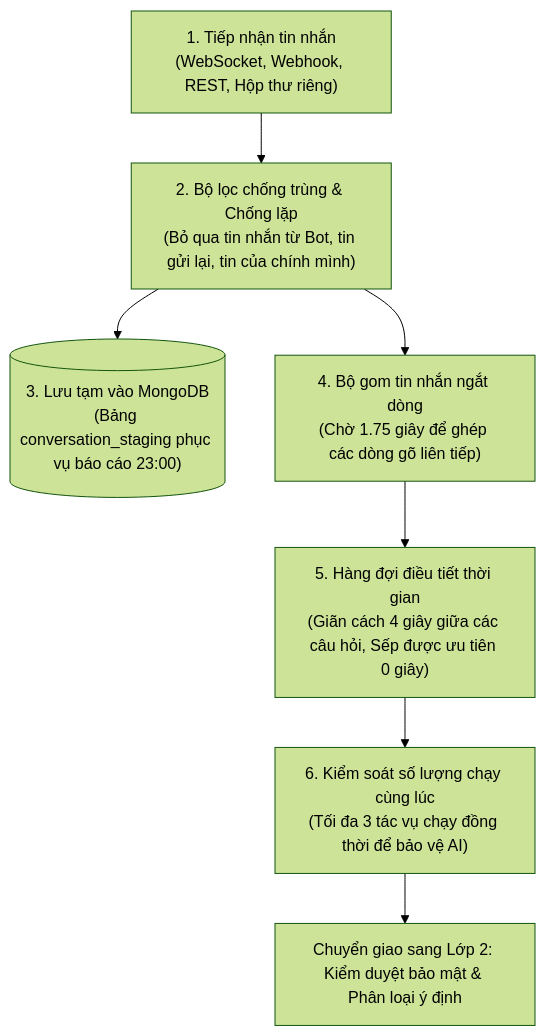
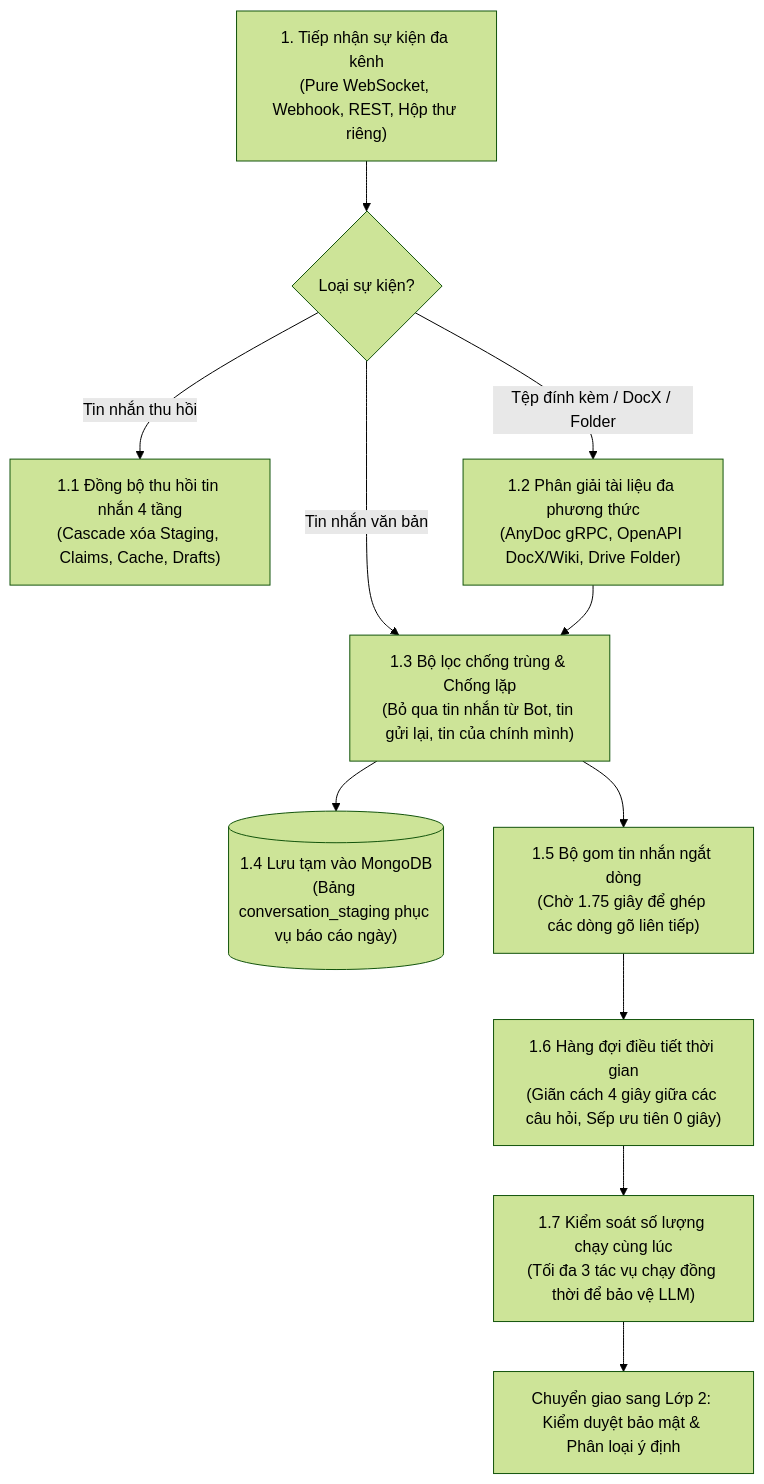
Before and after one commit to tetsde/LarkAssistant: the diagram in server/docs/layer1/layer1.md, drawn with Mermaid (forest theme). The commit also changed other lines of this file and 10 other files, not shown here.

Commit message:
docs: update system architecture documentation across 4 layers, LarkBase, and Onboarding

````diff
--- a/server/docs/layer1/layer1.md
+++ b/server/docs/layer1/layer1.md
@@ -22,9 +20,15 @@
 ```mermaid
 flowchart TD
-    A["1. Tiếp nhận tin nhắn<br/>(WebSocket, Webhook, REST, Hộp thư riêng)"] --> B["2. Bộ lọc chống trùng & Chống lặp<br/>(Bỏ qua tin nhắn từ Bot, tin gửi lại, tin của chính mình)"]
-    B --> C[("3. Lưu tạm vào MongoDB<br/>(Bảng conversation_staging phục vụ báo cáo 23:00)")]
-    B --> D["4. Bộ gom tin nhắn ngắt dòng<br/>(Chờ 1.75 giây để ghép các dòng gõ liên tiếp)"]
-    D --> E["5. Hàng đợi điều tiết thời gian<br/>(Giãn cách 4 giây giữa các câu hỏi, Sếp được ưu tiên 0 giây)"]
-    E --> F["6. Kiểm soát số lượng chạy cùng lúc<br/>(Tối đa 3 tác vụ chạy đồng thời để bảo vệ AI)"]
-    F --> G["Chuyển giao sang Lớp 2: Kiểm duyệt bảo mật & Phân loại ý định"]
+    A["1. Tiếp nhận sự kiện đa kênh<br/>(Pure WebSocket, Webhook, REST, Hộp thư riêng)"] --> Fork{"Loại sự kiện?"}
+    
+    Fork -->|Tin nhắn thu hồi| Recall["1.1 Đồng bộ thu hồi tin nhắn 4 tầng<br/>(Cascade xóa Staging, Claims, Cache, Drafts)"]
+    Fork -->|Tệp đính kèm / DocX / Folder| DocHandler["1.2 Phân giải tài liệu đa phương thức<br/>(AnyDoc gRPC, OpenAPI DocX/Wiki, Drive Folder)"]
+    Fork -->|Tin nhắn văn bản| Dedup["1.3 Bộ lọc chống trùng & Chống lặp<br/>(Bỏ qua tin nhắn từ Bot, tin gửi lại, tin của chính mình)"]
+    
+    DocHandler --> Dedup
+    Dedup --> Staging[("1.4 Lưu tạm vào MongoDB<br/>(Bảng conversation_staging phục vụ báo cáo ngày)")]
+    Dedup --> Debounce["1.5 Bộ gom tin nhắn ngắt dòng<br/>(Chờ 1.75 giây để ghép các dòng gõ liên tiếp)"]
+    Debounce --> Cooldown["1.6 Hàng đợi điều tiết thời gian<br/>(Giãn cách 4 giây giữa các câu hỏi, Sếp ưu tiên 0 giây)"]
+    Cooldown --> Concurrency["1.7 Kiểm soát số lượng chạy cùng lúc<br/>(Tối đa 3 tác vụ chạy đồng thời để bảo vệ LLM)"]
+    Concurrency --> Next["Chuyển giao sang Lớp 2: Kiểm duyệt bảo mật & Phân loại ý định"]
 ```
````
